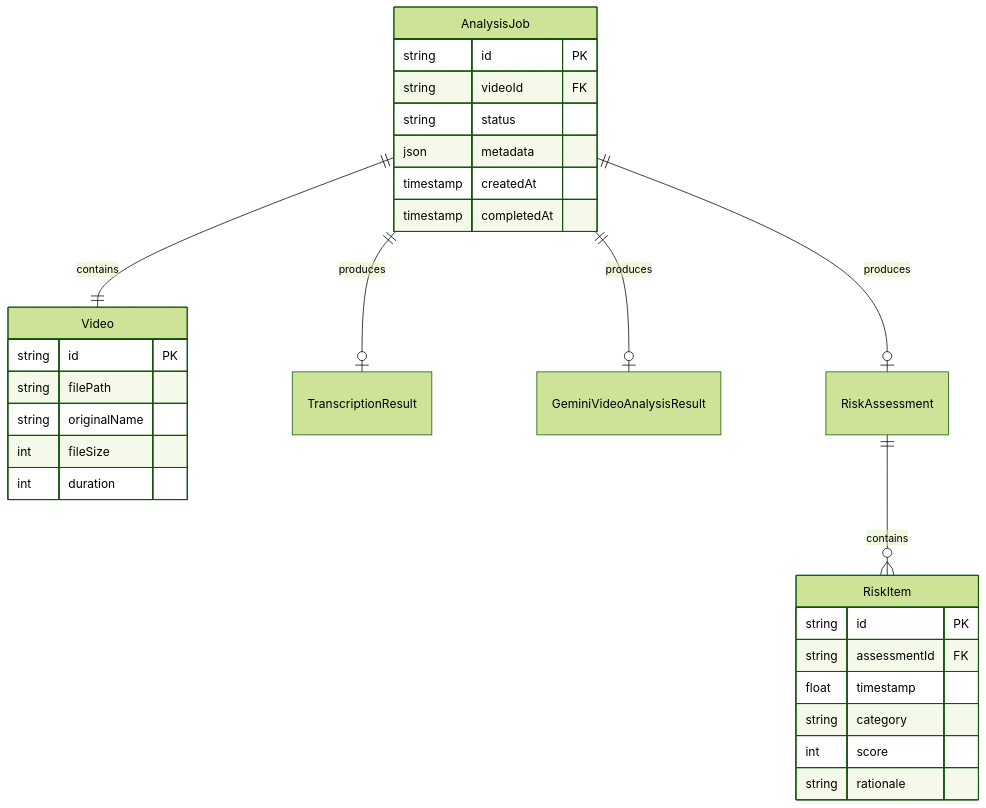
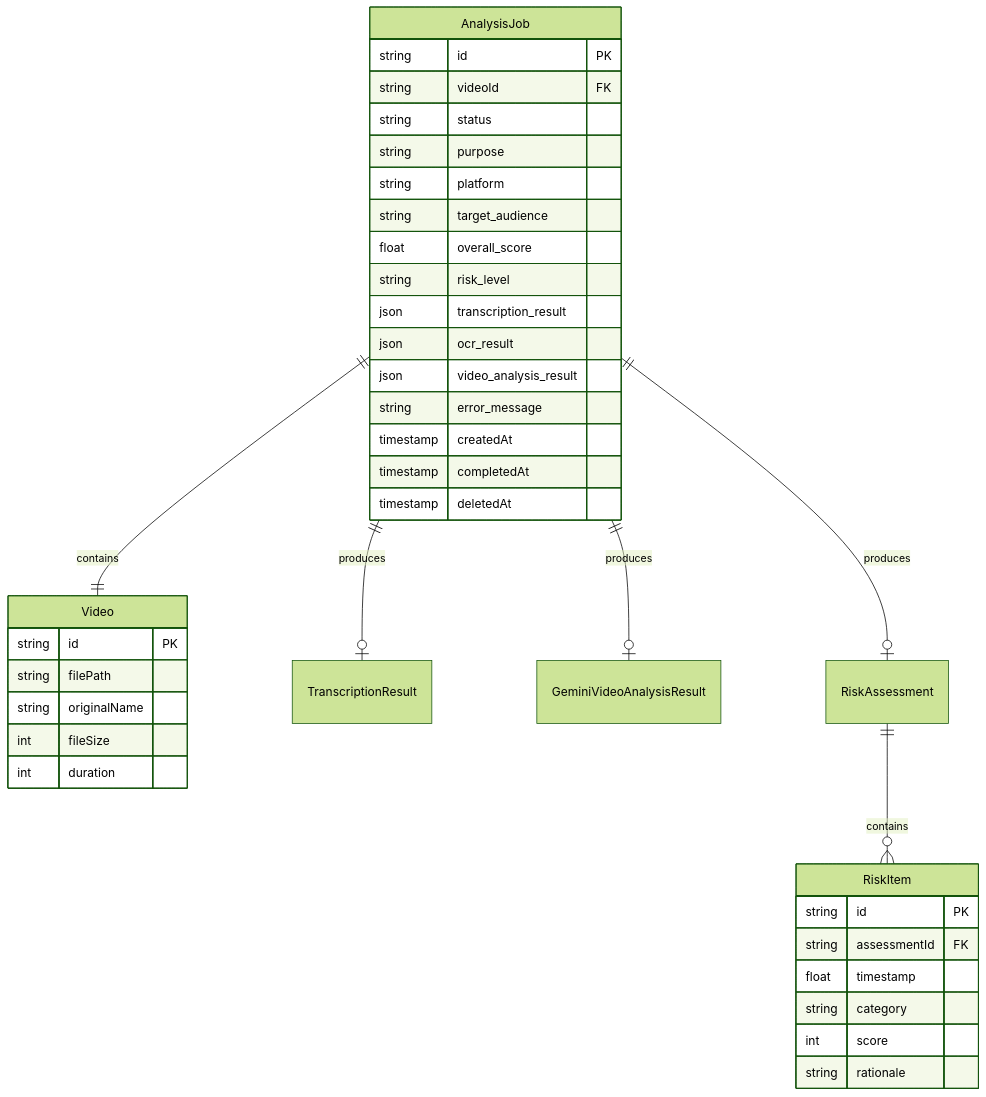
The eighth of 8 diagrams in .kiro/specs/video-risk-analyzer/design.md (univac-1/risk-analyzer), drawn with Mermaid (forest theme) before and after one commit. The commit also changed other lines of this file, not shown here.

````diff
--- a/.kiro/specs/video-risk-analyzer/design.md
+++ b/.kiro/specs/video-risk-analyzer/design.md
@@ -795,34 +799,43 @@
 ```mermaid
 erDiagram
     AnalysisJob ||--|| Video : contains
     AnalysisJob ||--o| TranscriptionResult : produces
     AnalysisJob ||--o| GeminiVideoAnalysisResult : produces
     AnalysisJob ||--o| RiskAssessment : produces
     RiskAssessment ||--o{ RiskItem : contains
 
     Video {
         string id PK
         string filePath
         string originalName
         int fileSize
         int duration
     }
 
     AnalysisJob {
         string id PK
         string videoId FK
         string status
-        json metadata
+        string purpose
+        string platform
+        string target_audience
+        float overall_score
+        string risk_level
+        json transcription_result
+        json ocr_result
+        json video_analysis_result
+        string error_message
         timestamp createdAt
         timestamp completedAt
+        timestamp deletedAt
     }
 
     RiskItem {
         string id PK
         string assessmentId FK
         float timestamp
         string category
         int score
         string rationale
     }
 ```
````
